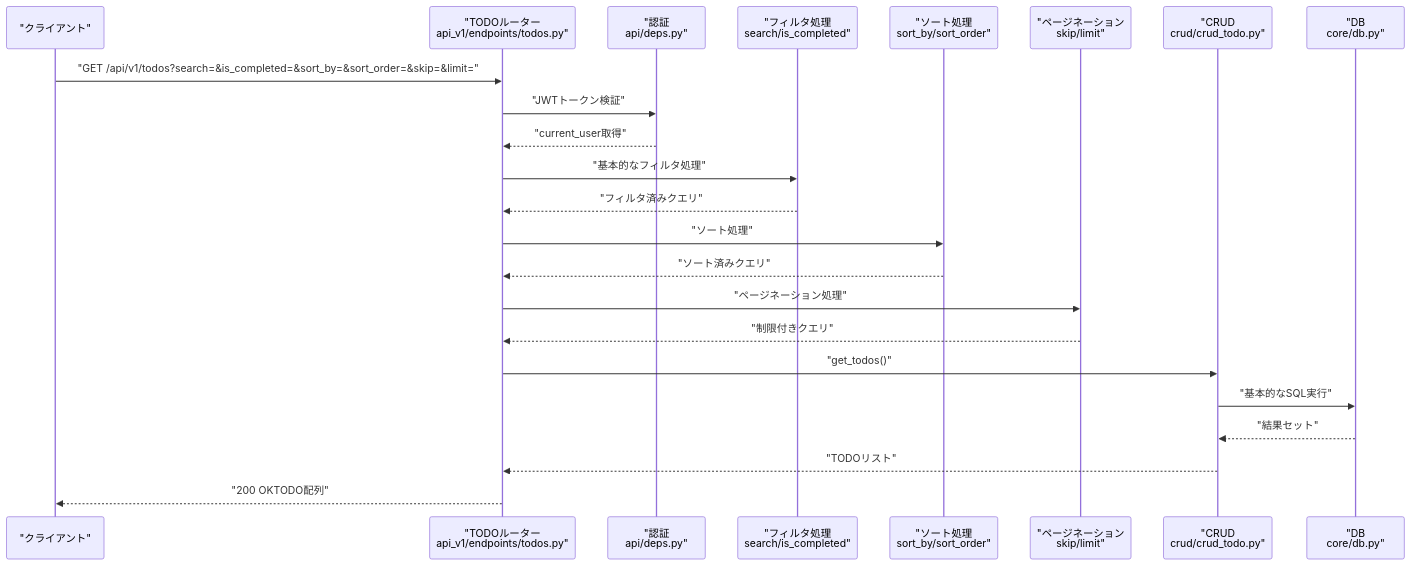
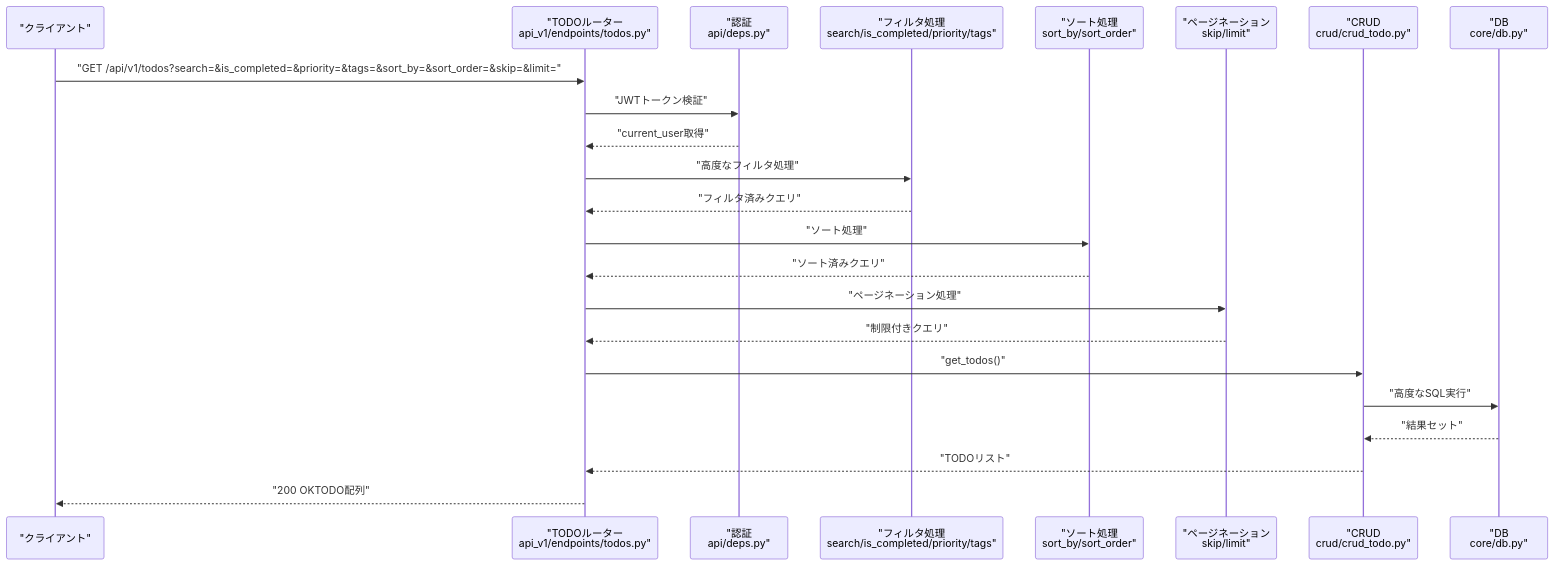
Before and after one commit to ss8806/Todos: the third of 7 diagrams in .qoder/repowiki/ja/content/APIリファレンス/TODO管理API.md, drawn with Mermaid. The commit also changed other lines of this file and 5 other files, not shown here.

First line of the commit message:
📐 Architecture Diagram詳細化

````diff
--- a/.qoder/repowiki/ja/content/APIリファレンス/TODO管理API.md
+++ b/.qoder/repowiki/ja/content/APIリファレンス/TODO管理API.md
@@ -251,25 +258,25 @@
 ```mermaid
 sequenceDiagram
 participant C as "クライアント"
 participant R as "TODOルーター<br/>api_v1/endpoints/todos.py"
 participant A as "認証<br/>api/deps.py"
-participant F as "フィルタ処理<br/>search/is_completed"
+participant F as "フィルタ処理<br/>search/is_completed/priority/tags"
 participant S as "ソート処理<br/>sort_by/sort_order"
 participant P as "ページネーション<br/>skip/limit"
 participant U as "CRUD<br/>crud/crud_todo.py"
 participant D as "DB<br/>core/db.py"
-C->>R : "GET /api/v1/todos?search=&is_completed=&sort_by=&sort_order=&skip=&limit="
+C->>R : "GET /api/v1/todos?search=&is_completed=&priority=&tags=&sort_by=&sort_order=&skip=&limit="
 R->>A : "JWTトークン検証"
 A-->>R : "current_user取得"
-R->>F : "基本的なフィルタ処理"
+R->>F : "高度なフィルタ処理"
 F-->>R : "フィルタ済みクエリ"
 R->>S : "ソート処理"
 S-->>R : "ソート済みクエリ"
 R->>P : "ページネーション処理"
 P-->>R : "制限付きクエリ"
 R->>U : "get_todos()"
-U->>D : "基本的なSQL実行"
+U->>D : "高度なSQL実行"
 D-->>U : "結果セット"
 U-->>R : "TODOリスト"
 R-->>C : "200 OKTODO配列"
 ```
````
